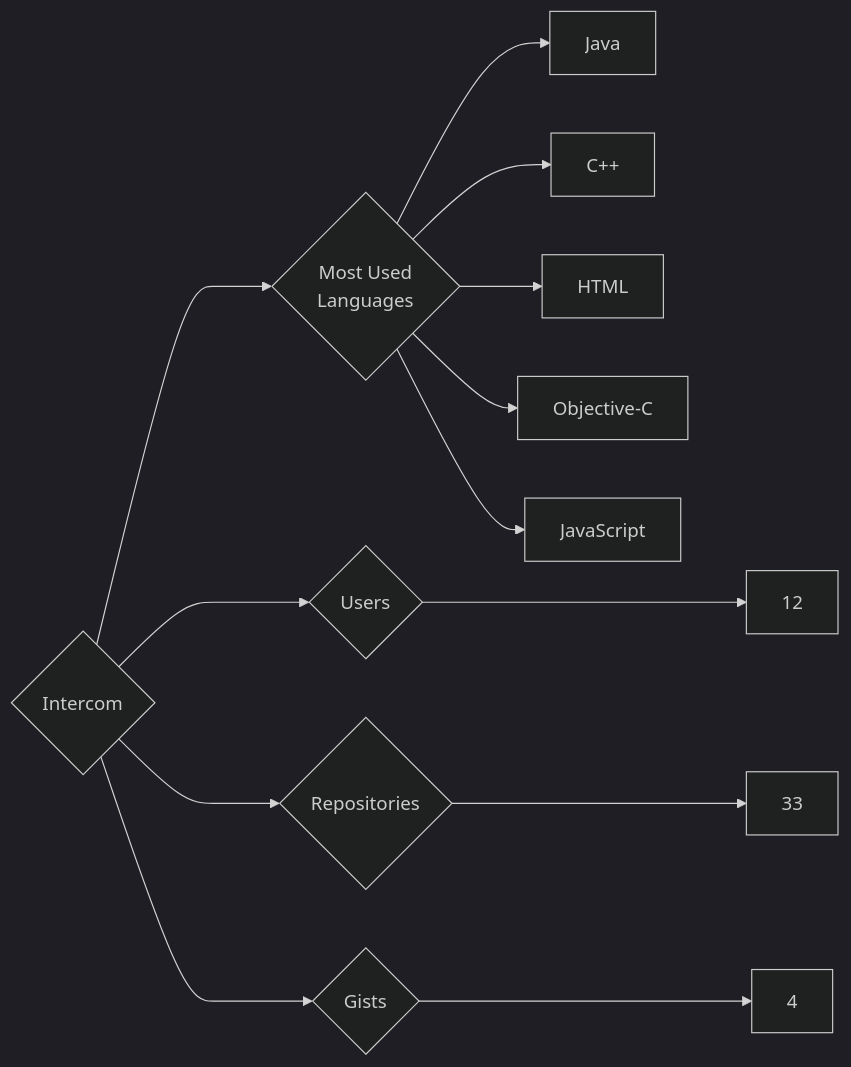
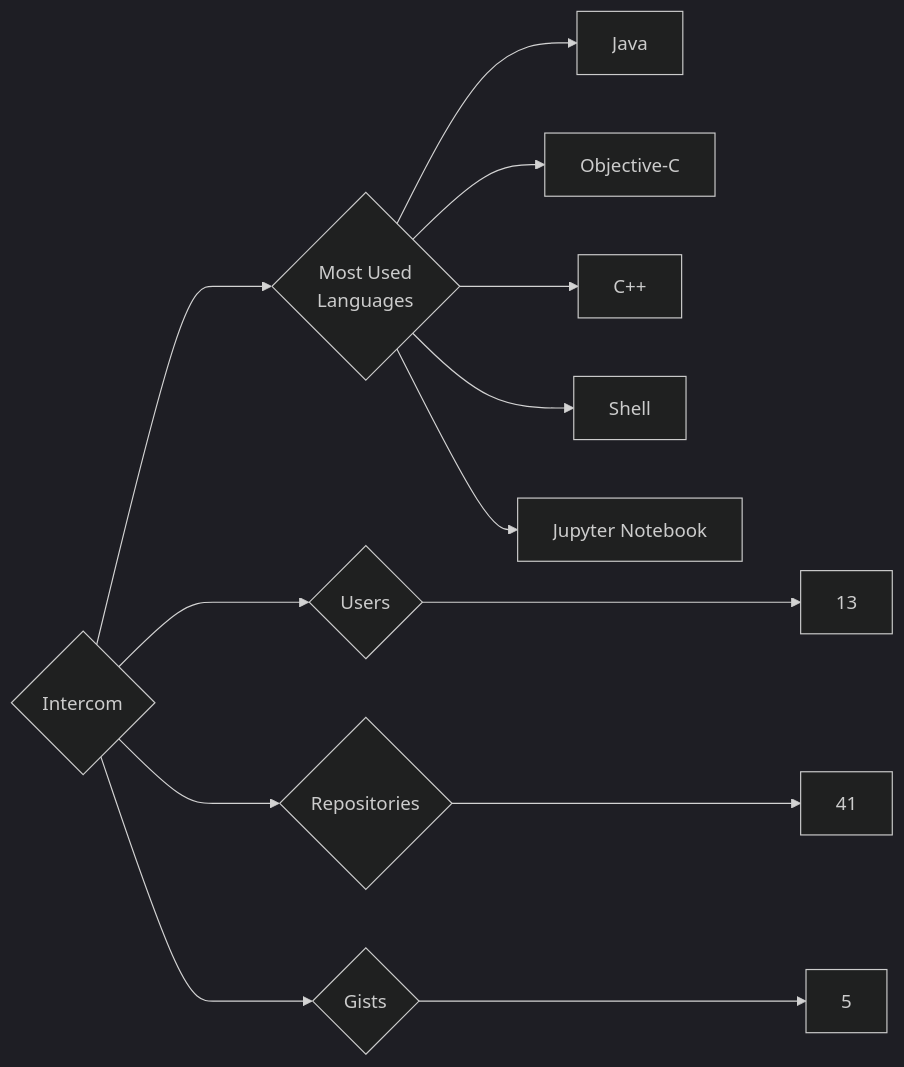
One commit to trickest/insiders changed the diagram in targets/Intercom/README.md. Above: the diagram before and after it, drawn with Mermaid (dark theme). The commit also changed 1088 other files, not shown here.

````diff
--- a/targets/Intercom/README.md
+++ b/targets/Intercom/README.md
@@ -3,13 +3,13 @@
 ```mermaid
 graph LR
 COMPANY_NAME{Intercom}
-COMPANY_NAME ---> U{Users} ---> UN[12]
-COMPANY_NAME ---> R{Repositories} ---> RN[33]
-COMPANY_NAME ---> G{Gists} ---> GN[4]
+COMPANY_NAME ---> U{Users} ---> UN[13]
+COMPANY_NAME ---> R{Repositories} ---> RN[41]
+COMPANY_NAME ---> G{Gists} ---> GN[5]
 COMPANY_NAME ---> ML{Most Used<br>Languages}
 ML --> Java[Java]
+ML --> Objective-C[Objective-C]
 ML --> C++[C++]
-ML --> HTML[HTML]
-ML --> Objective-C[Objective-C]
-ML --> JavaScript[JavaScript]
+ML --> Shell[Shell]
+ML --> Jupyter_Notebook[Jupyter Notebook]
 ```
````
